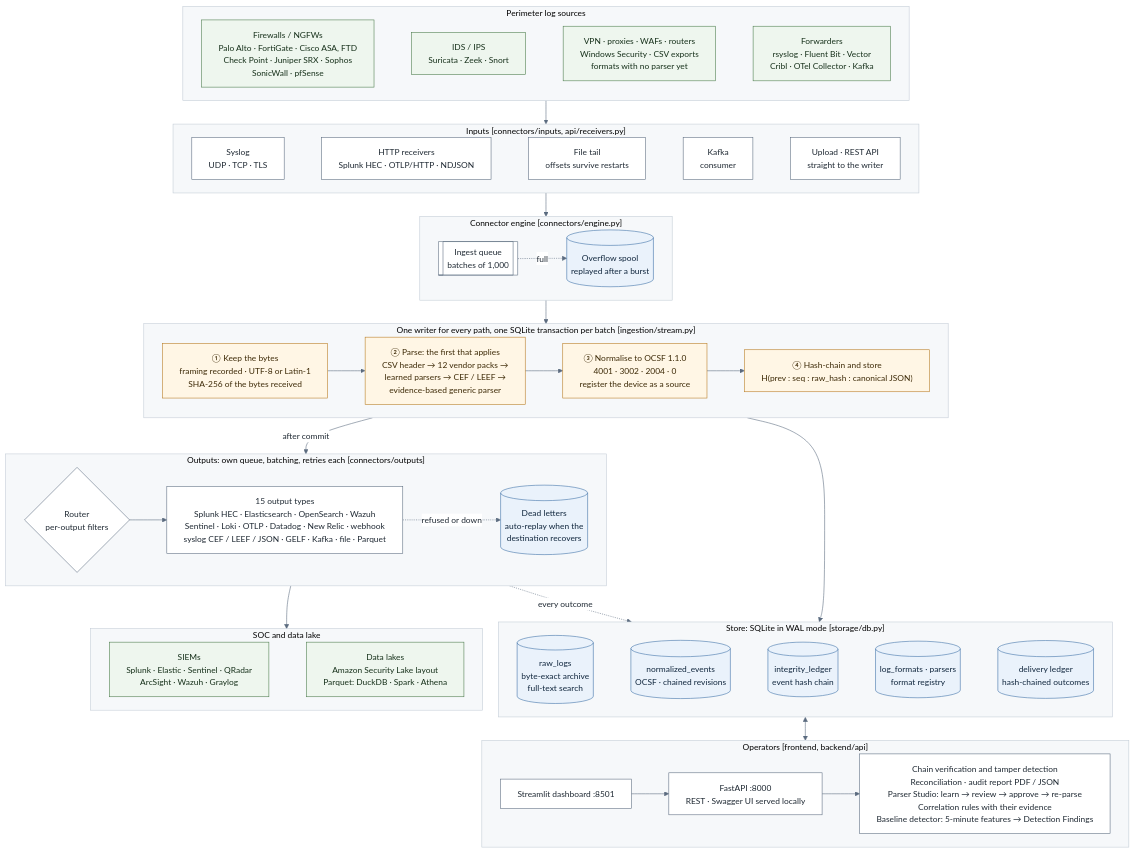
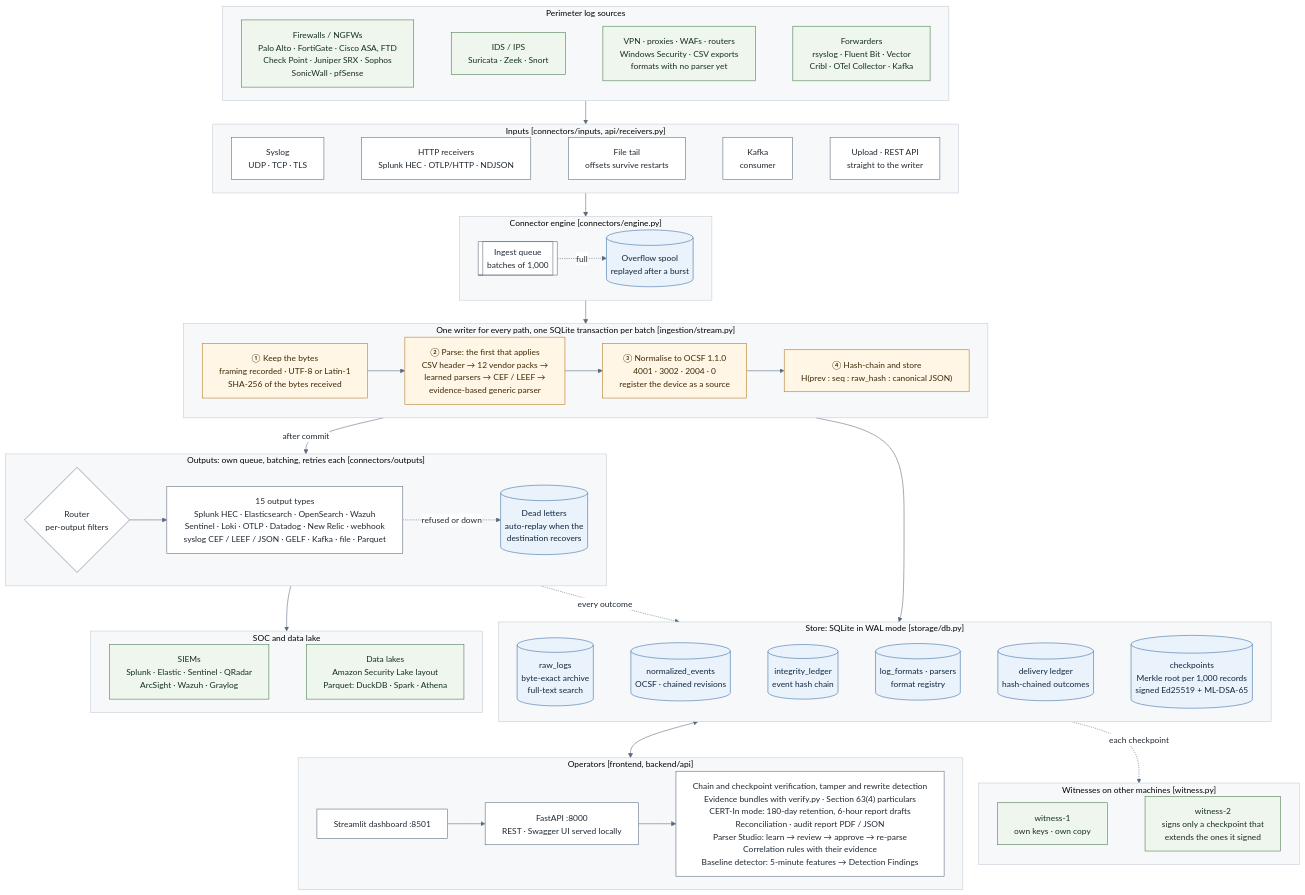
Before and after one commit to VengefulSpartan/ULPF: the diagram in docs/ARCHITECTURE.md, drawn with Mermaid. The commit also changed other lines of this file and 42 other files, not shown here.

First line of the commit message:
Add signed checkpoints with witnesses, evidence bundles and CERT-In mode

````diff
--- a/docs/ARCHITECTURE.md
+++ b/docs/ARCHITECTURE.md
@@ -70,7 +70,15 @@
     LED[("integrity_ledger<br/>event hash chain")]
     FMT[("log_formats · parsers<br/>format registry")]
     DLED[("delivery ledger<br/>hash-chained outcomes")]
-    RAW ~~~ EVT ~~~ LED ~~~ FMT ~~~ DLED
+    CKP[("checkpoints<br/>Merkle root per 1,000 records<br/>signed Ed25519 + ML-DSA-65")]
+    RAW ~~~ EVT ~~~ LED ~~~ FMT ~~~ DLED ~~~ CKP
+  end
+
+  subgraph WIT["Witnesses on other machines  [witness.py]"]
+    direction LR
+    W1["witness-1<br/>own keys · own copy"]
+    W2["witness-2<br/>signs only a checkpoint that<br/>extends the ones it signed"]
+    W1 ~~~ W2
   end
 
   subgraph OUT["Outputs: own queue, batching, retries each  [connectors/outputs]"]
@@ -93,7 +101,7 @@
     direction LR
     DASH["Streamlit dashboard :8501"]
     API["FastAPI :8000<br/>REST · Swagger UI served locally"]
-    SVC["Chain verification and tamper detection<br/>Reconciliation · audit report PDF / JSON<br/>Parser Studio: learn → review → approve → re-parse<br/>Correlation rules with their evidence<br/>Baseline detector: 5-minute features → Detection Findings"]
+    SVC["Chain and checkpoint verification, tamper and rewrite detection<br/>Evidence bundles with verify.py · Section 63(4) particulars<br/>CERT-In mode: 180-day retention, 6-hour report drafts<br/>Reconciliation · audit report PDF / JSON<br/>Parser Studio: learn → review → approve → re-parse<br/>Correlation rules with their evidence<br/>Baseline detector: 5-minute features → Detection Findings"]
     DASH --> API --> SVC
   end
 
@@ -105,11 +113,12 @@
   OUT --> DEST
   OUT -. "every outcome" .-> DB
   DB <--> OPS
+  DB -. "each checkpoint" .-> WIT
 
   classDef store fill:#eaf2fb,stroke:#3b6ea5,color:#10263d
   classDef step fill:#fff6e5,stroke:#b7791f,color:#3d2a07
   classDef ext fill:#eef6ee,stroke:#4a7a4a,color:#16301a
-  class RAW,EVT,LED,FMT,DLED,SPOOL,DL store
+  class RAW,EVT,LED,FMT,DLED,CKP,SPOOL,DL store
   class KEEP,PARSE,NORM,LINK step
-  class FW,IDS,MISC,FWD,SIEM,LAKE ext
+  class FW,IDS,MISC,FWD,SIEM,LAKE,W1,W2 ext
 ```
````
